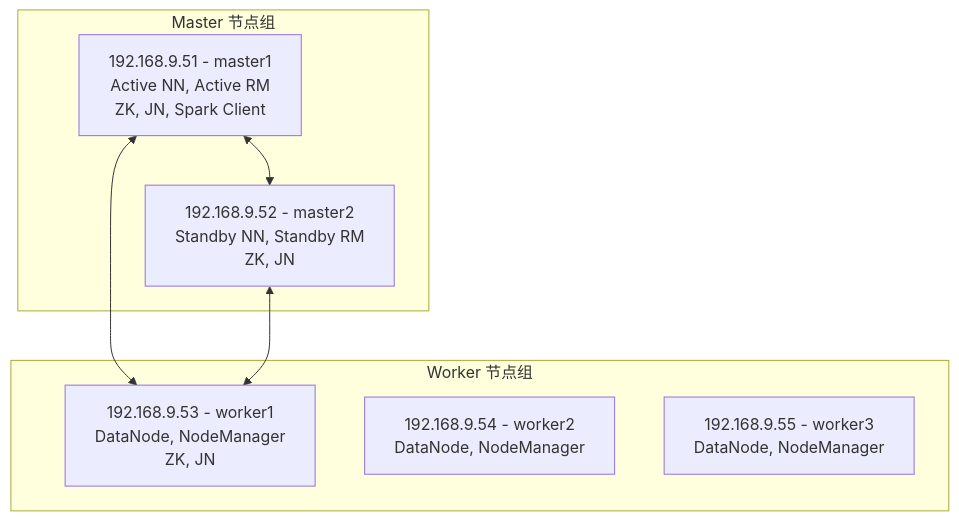
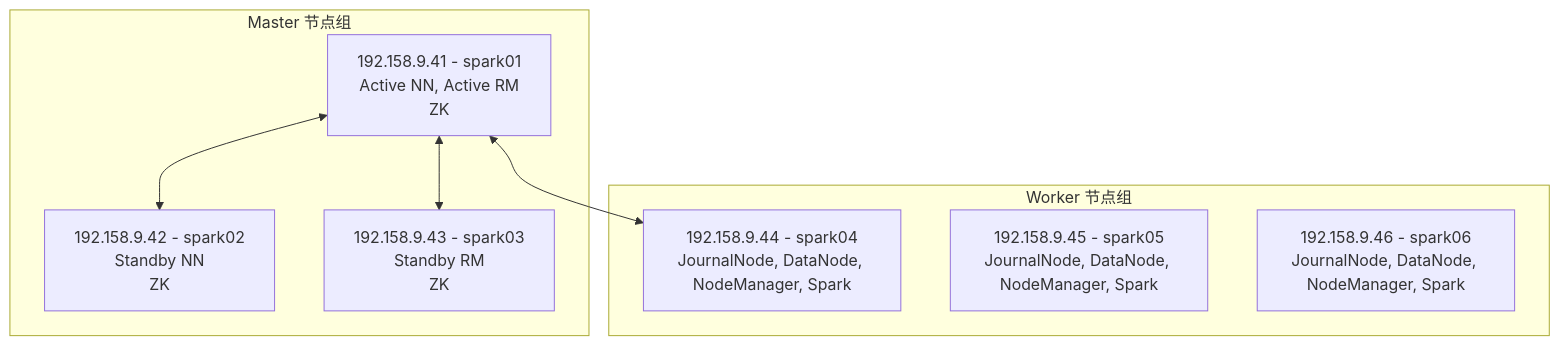
One commit to edenzh-gui/hadoop changed the diagram in Hadoop_Cluster_SOP.md. Above: the diagram before and after it, drawn with Mermaid. The commit also changed other lines of this file, not shown here.

````diff
--- a/Hadoop_Cluster_SOP.md
+++ b/Hadoop_Cluster_SOP.md
@@ -9,17 +9,18 @@
 ```mermaid
 graph TD
     subgraph Master 节点组
-        M1[192.168.9.51 - master1<br/>Active NN, Active RM<br/>ZK, JN, Spark Client]
-        M2[192.168.9.52 - master2<br/>Standby NN, Standby RM<br/>ZK, JN]
+        S1[192.158.9.41 - spark01<br/>Active NN, Active RM<br/>ZK]
+        S2[192.158.9.42 - spark02<br/>Standby NN<br/>ZK]
+        S3[192.158.9.43 - spark03<br/>Standby RM<br/>ZK]
     end
 
     subgraph Worker 节点组
-        W1[192.168.9.53 - worker1<br/>DataNode, NodeManager<br/>ZK, JN]
-        W2[192.168.9.54 - worker2<br/>DataNode, NodeManager]
-        W3[192.168.9.55 - worker3<br/>DataNode, NodeManager]
+        S4[192.158.9.44 - spark04<br/>JournalNode, DataNode, NodeManager, Spark]
+        S5[192.158.9.45 - spark05<br/>JournalNode, DataNode, NodeManager, Spark]
+        S6[192.158.9.46 - spark06<br/>JournalNode, DataNode, NodeManager, Spark]
     end
 
-    M1 <--> M2
-    M1 <--> W1
-    M2 <--> W1
+    S1 <--> S2
+    S1 <--> S3
+    S1 <--> S4
 ```
````
